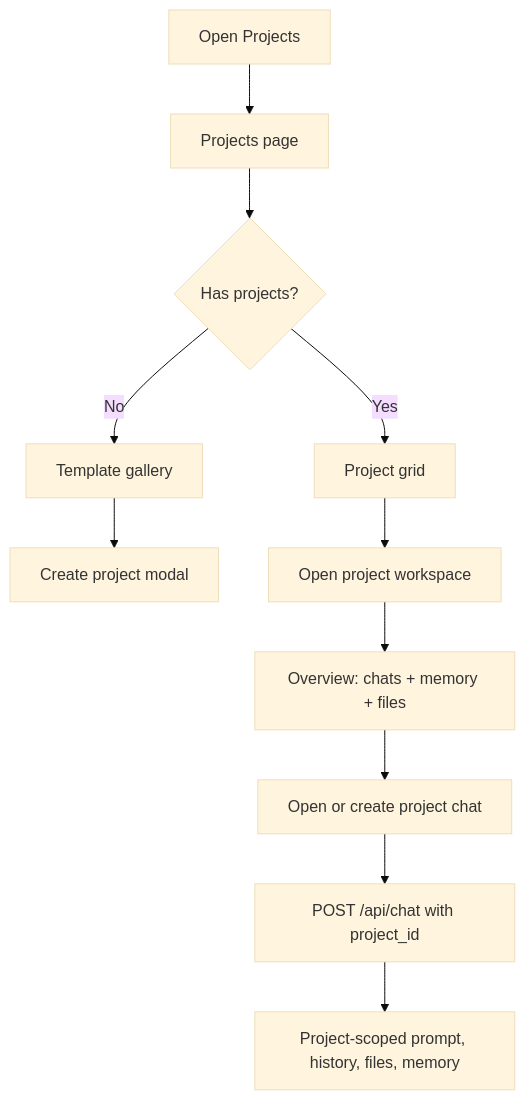
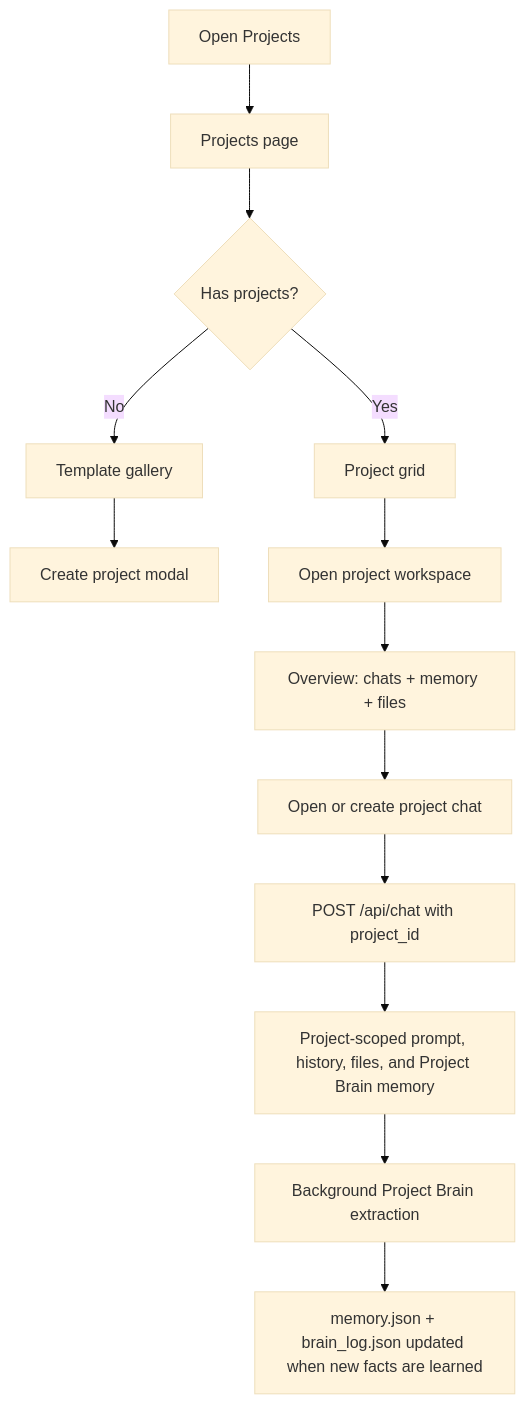
The second of 4 diagrams in NeuralChat/README.md (Hanan899/NeuralChat), drawn with Mermaid (base theme) before and after one commit. The commit also changed other lines of this file and 19 other files, not shown here.

Commit message:
Project Brain extracts and injects isolated memory per project

````diff
--- a/NeuralChat/README.md
+++ b/NeuralChat/README.md
@@ -242,13 +253,15 @@
 ```mermaid
 flowchart TD
   A["Open Projects"] --> B["Projects page"]
   B --> C{"Has projects?"}
   C -- "No" --> D["Template gallery"]
   C -- "Yes" --> E["Project grid"]
   D --> F["Create project modal"]
   E --> G["Open project workspace"]
   G --> H["Overview: chats + memory + files"]
   H --> I["Open or create project chat"]
   I --> J["POST /api/chat with project_id"]
-  J --> K["Project-scoped prompt, history, files, memory"]
+  J --> K["Project-scoped prompt, history, files, and Project Brain memory"]
+  K --> L["Background Project Brain extraction"]
+  L --> M["memory.json + brain_log.json updated when new facts are learned"]
 ```
````
